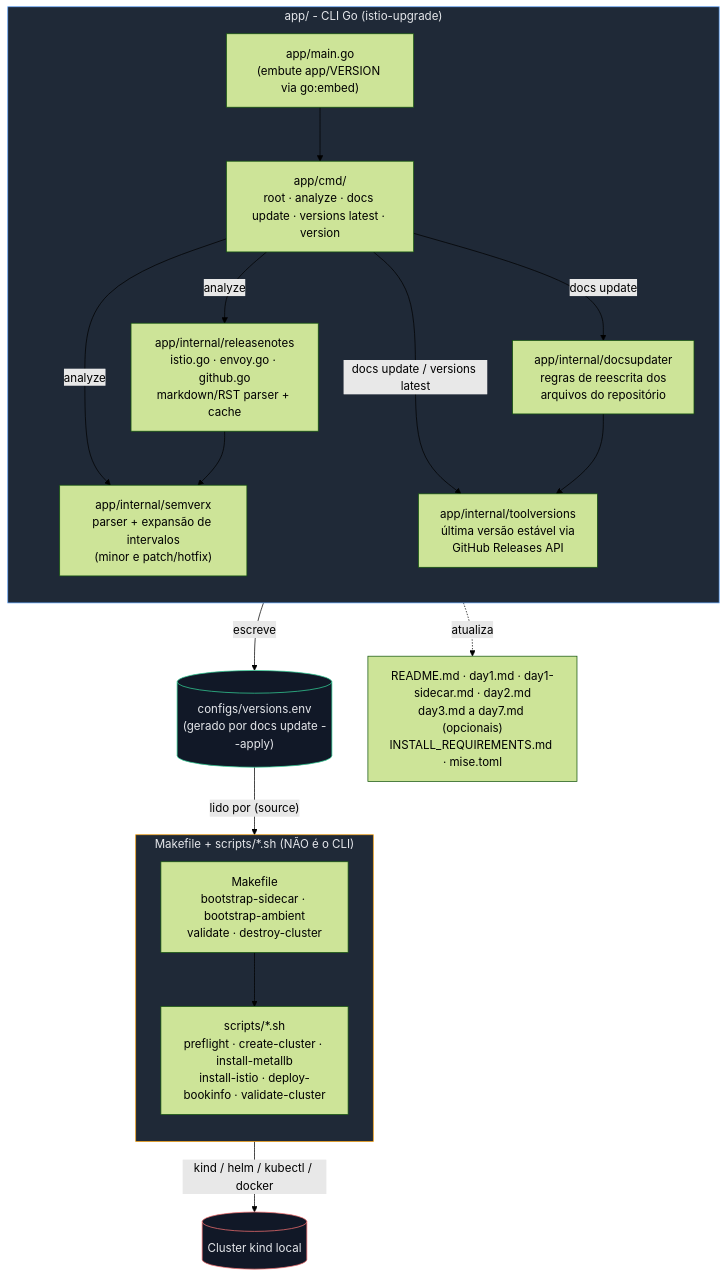
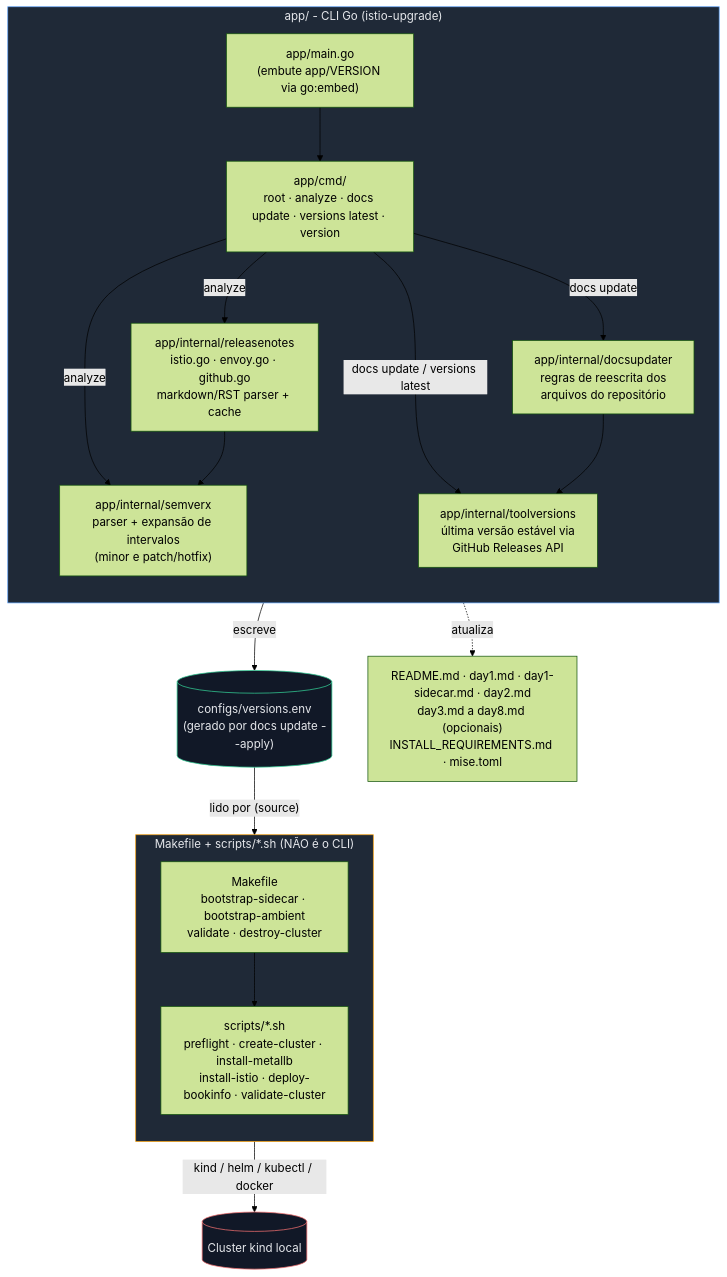
One commit to aeciopires/learning-istio changed the first of 2 diagrams in agents/upgrade/README.md. Above: the diagram before and after it, drawn with Mermaid (forest theme). The commit also changed other lines of this file and 26 other files, not shown here.

````diff
--- a/agents/upgrade/README.md
+++ b/agents/upgrade/README.md
@@ -55,39 +55,39 @@
 ```mermaid
 flowchart TB
     subgraph CLI["app/ - CLI Go (istio-upgrade)"]
         direction TB
         main["app/main.go\n(embute app/VERSION via go:embed)"]
         cmdpkg["app/cmd/\nroot · analyze · docs update · versions latest · version"]
         semverx["app/internal/semverx\nparser + expansão de intervalos\n(minor e patch/hotfix)"]
         releasenotes["app/internal/releasenotes\nistio.go · envoy.go · github.go\nmarkdown/RST parser + cache"]
         toolversions["app/internal/toolversions\núltima versão estável via\nGitHub Releases API"]
         docsupdater["app/internal/docsupdater\nregras de reescrita dos\narquivos do repositório"]
 
         main --> cmdpkg
         cmdpkg -- "analyze" --> semverx
         cmdpkg -- "analyze" --> releasenotes
         releasenotes --> semverx
         cmdpkg -- "docs update / versions latest" --> toolversions
         cmdpkg -- "docs update" --> docsupdater
         docsupdater --> toolversions
     end
 
     versionsEnv[("configs/versions.env\n(gerado por docs update --apply)")]
     docsupdater -- escreve --> versionsEnv
-    docsupdater -. atualiza .-> repoDocs["README.md · day1.md · day1-sidecar.md · day2.md\nday3.md a day7.md (opcionais)\nINSTALL_REQUIREMENTS.md · mise.toml"]
+    docsupdater -. atualiza .-> repoDocs["README.md · day1.md · day1-sidecar.md · day2.md\nday3.md a day8.md (opcionais)\nINSTALL_REQUIREMENTS.md · mise.toml"]
 
     subgraph AUTOMATION["Makefile + scripts/*.sh (NÃO é o CLI)"]
         direction TB
         makefile["Makefile\nbootstrap-sidecar · bootstrap-ambient\nvalidate · destroy-cluster"]
         scripts["scripts/*.sh\npreflight · create-cluster · install-metallb\ninstall-istio · deploy-bookinfo · validate-cluster"]
         makefile --> scripts
     end
 
     versionsEnv -- "lido por (source)" --> scripts
     scripts -- "kind / helm / kubectl / docker" --> cluster[("Cluster kind local")]
 
     style CLI fill:#1f2937,stroke:#60a5fa,color:#e5e7eb
     style AUTOMATION fill:#1f2937,stroke:#f59e0b,color:#e5e7eb
     style versionsEnv fill:#111827,stroke:#34d399,color:#e5e7eb
     style cluster fill:#111827,stroke:#f87171,color:#e5e7eb
 ```
````
